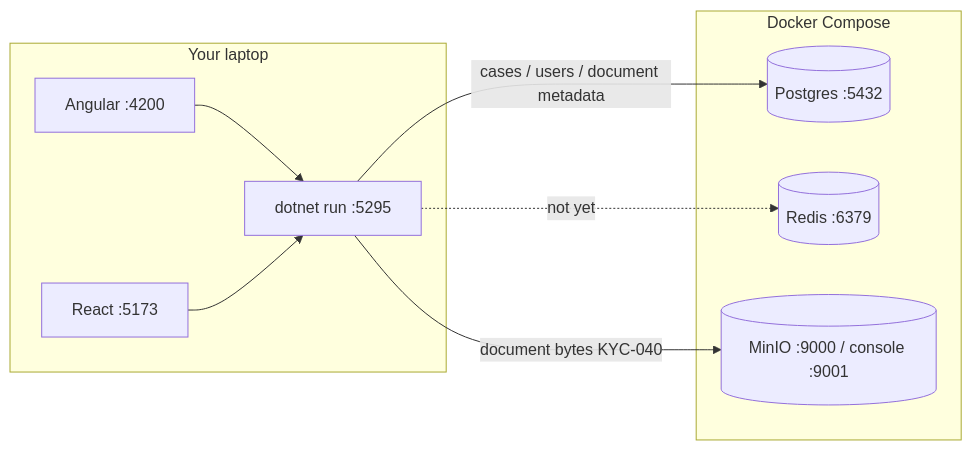
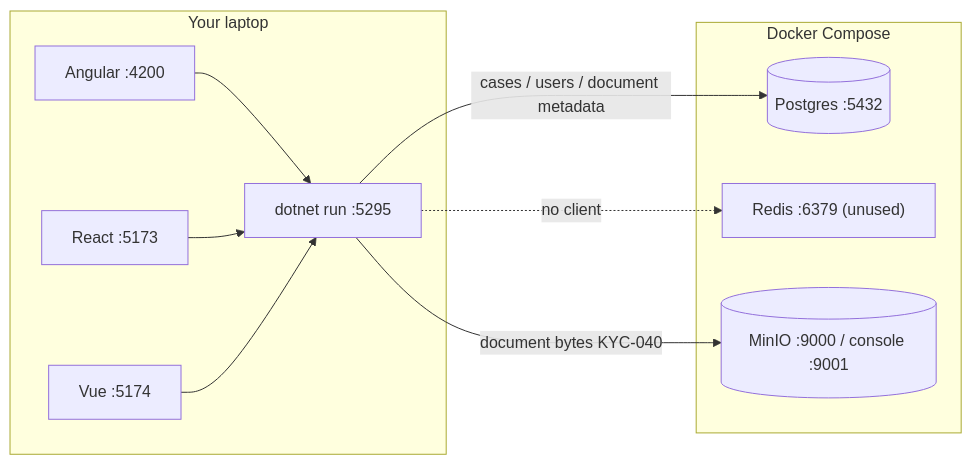
One commit to SDS37/kyc-multi-frontend changed the diagram in infrastructure/README.STUDY.md. Above: the diagram before and after it, drawn with Mermaid. The commit also changed other lines of this file and 20 other files, not shown here.

First line of the commit message:
docs: after-MVP wishlist and honest Redis/MediatR diagrams (#113)

````diff
--- a/infrastructure/README.STUDY.md
+++ b/infrastructure/README.STUDY.md
@@ -27,18 +27,20 @@
 ```mermaid
 flowchart LR
     subgraph host ["Your laptop"]
         API["dotnet run :5295"]
         Ang["Angular :4200"]
         React["React :5173"]
+        Vue["Vue :5174"]
     end
     subgraph compose ["Docker Compose"]
         PG[(Postgres :5432)]
-        RD[(Redis :6379)]
+        RD["Redis :6379 (unused)"]
         MN[(MinIO :9000 / console :9001)]
     end
     API -->|"cases / users / document metadata"| PG
     API -->|"document bytes KYC-040"| MN
-    API -.->|"not yet"| RD
+    API -.->|"no client"| RD
     Ang --> API
     React --> API
+    Vue --> API
 ```
````
